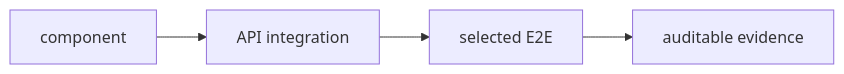
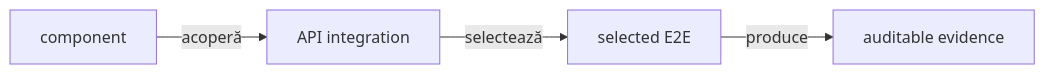
Before and after one commit to crististefanita/demo2: the third of 8 diagrams in atf-test-practice-shop/README.md, drawn with Mermaid. The commit also changed other lines of this file and 102 other files, not shown here.

````diff
--- a/atf-test-practice-shop/README.md
+++ b/atf-test-practice-shop/README.md
@@ -88,6 +88,6 @@
 ```mermaid
 flowchart LR
-    Component["component"] --> ApiIntegration["API integration"]
-    ApiIntegration --> E2e["selected E2E"]
-    E2e --> Artifact["auditable evidence"]
+    Component["component"] -->|acoperă| ApiIntegration["API integration"]
+    ApiIntegration -->|selectează| E2e["selected E2E"]
+    E2e -->|produce| Artifact["auditable evidence"]
 ```
````
